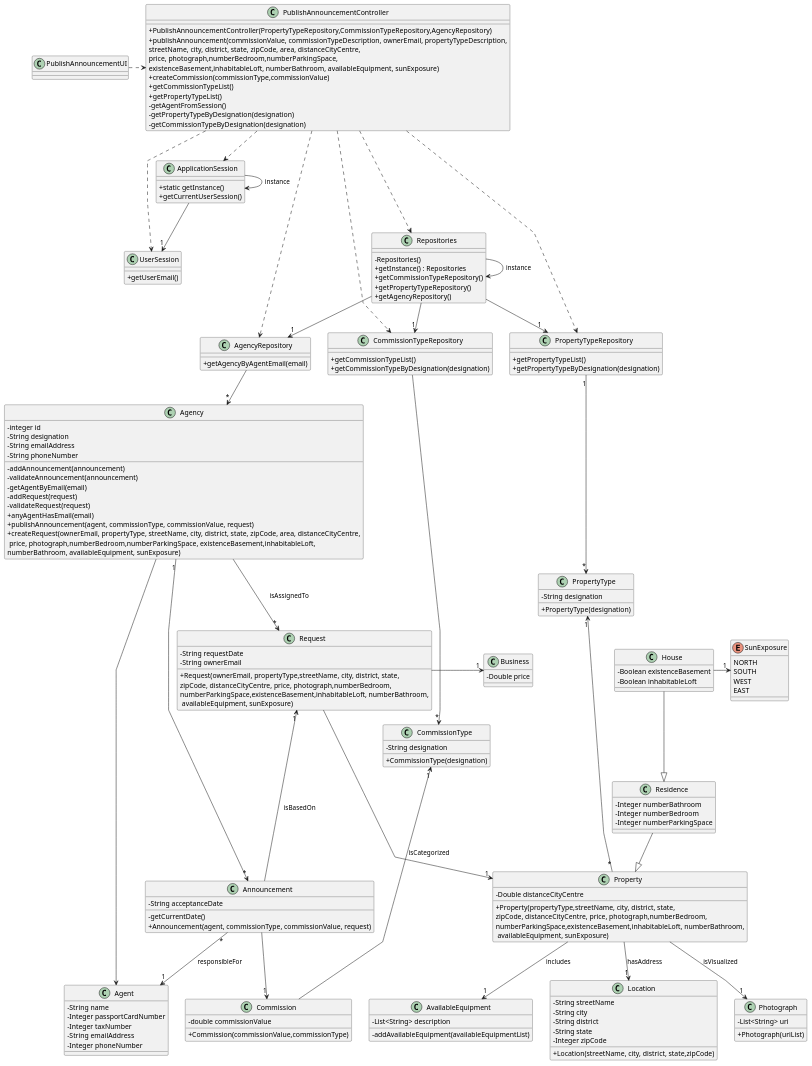
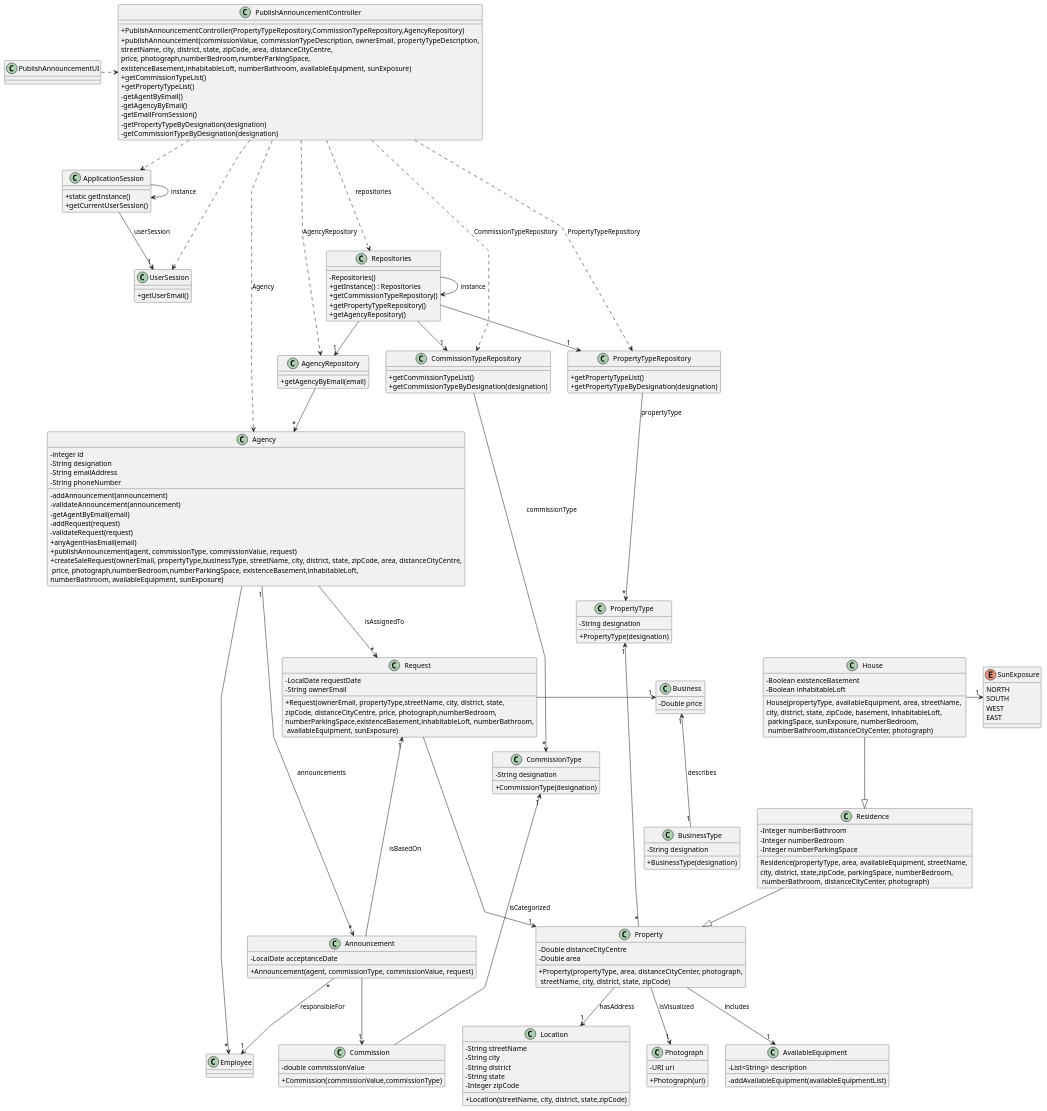
Before and after one commit to rita-barbosa/LAPR2-2223: the diagram in docs/sprintB/us002/03.design/puml/us002-class-diagram.puml, drawn with PlantUML.

Commit message:
Update of class diagram [US002][Design]

```diff
--- a/docs/sprintB/us002/03.design/puml/us002-class-diagram.puml
+++ b/docs/sprintB/us002/03.design/puml/us002-class-diagram.puml
@@ -1,187 +1,192 @@
 @startuml
 'skinparam monochrome true
 skinparam packageStyle rectangle
 skinparam shadowing false
 skinparam linetype polyline
 'skinparam linetype orto
 
 skinparam classAttributeIconSize 0
 
 'left to right direction
 
 class ApplicationSession
 {
     + static getInstance()
     + getCurrentUserSession()
 }
 class Property
 {
     - Double distanceCityCentre
-    + Property(propertyType,streetName, city, district, state,\nzipCode, distanceCityCentre, price, photograph,numberBedroom,\nnumberParkingSpace,existenceBasement,inhabitableLoft, numberBathroom,\n availableEquipment, sunExposure)
+    - Double area
+    + Property(propertyType, area, distanceCityCenter, photograph,\n streetName, city, district, state, zipCode)
 }
 class Location
 {
     - String streetName
     - String city
     - String district
     - String state
     - Integer zipCode
     + Location(streetName, city, district, state,zipCode)
 }
 class Photograph
 {
-    - List<String> uri
-    + Photograph(uriList)
+    - URI uri
+    + Photograph(uri)
 }
 class AvailableEquipment
 {
     - List<String> description
     - addAvailableEquipment(availableEquipmentList)
 }
 
 class UserSession
 {
     + getUserEmail()
 }
 
-class Agent {
-    - String name
-    - Integer passportCardNumber
-    - Integer taxNumber
-    - String emailAddress
-    - Integer phoneNumber
+class Employee {
 }
 
 class Announcement {
-    - String acceptanceDate
-    - getCurrentDate()
+    - LocalDate acceptanceDate
     + Announcement(agent, commissionType, commissionValue, request)
 }
 class Commission {
     - double commissionValue
     + Commission(commissionValue,commissionType)
 }
 class Request
 {
-    - String requestDate
+    - LocalDate requestDate
     - String ownerEmail
     + Request(ownerEmail, propertyType,streetName, city, district, state,\nzipCode, distanceCityCentre, price, photograph,numberBedroom,\nnumberParkingSpace,existenceBasement,inhabitableLoft, numberBathroom,\n availableEquipment, sunExposure)
 
 }
 class Agency {
     - integer id
     - String designation
     - String emailAddress
     - String phoneNumber
 
     - addAnnouncement(announcement)
     - validateAnnouncement(announcement)
     - getAgentByEmail(email)
     - addRequest(request)
     - validateRequest(request)
     + anyAgentHasEmail(email)
     + publishAnnouncement(agent, commissionType, commissionValue, request)
-    + createRequest(ownerEmail, propertyType, streetName, city, district, state, zipCode, area, distanceCityCentre,\n price, photograph,numberBedroom,numberParkingSpace, existenceBasement,inhabitableLoft,\nnumberBathroom, availableEquipment, sunExposure)
+    + createSaleRequest(ownerEmail, propertyType,businessType, streetName, city, district, state, zipCode, area, distanceCityCentre,\n price, photograph,numberBedroom,numberParkingSpace, existenceBasement,inhabitableLoft,\nnumberBathroom, availableEquipment, sunExposure)
 }
 
 class CommissionTypeRepository {
     + getCommissionTypeList()
     + getCommissionTypeByDesignation(designation)
 }
 class PropertyTypeRepository {
     + getPropertyTypeList()
     + getPropertyTypeByDesignation(designation)
 }
 
 class AgencyRepository {
-    + getAgencyByAgentEmail(email)
+    + getAgencyByEmail(email)
 }
 
 class Repositories {
     - Repositories()
     + getInstance() : Repositories
     + getCommissionTypeRepository()
     + getPropertyTypeRepository()
     + getAgencyRepository()
 }
 
 class PublishAnnouncementController {
     + PublishAnnouncementController(PropertyTypeRepository,CommissionTypeRepository,AgencyRepository)
     + publishAnnouncement(commissionValue, commissionTypeDescription, ownerEmail, propertyTypeDescription,\nstreetName, city, district, state, zipCode, area, distanceCityCentre,\nprice, photograph,numberBedroom,numberParkingSpace,\nexistenceBasement,inhabitableLoft, numberBathroom, availableEquipment, sunExposure)
-    + createCommission(commissionType,commissionValue)
     + getCommissionTypeList()
     + getPropertyTypeList()
-    - getAgentFromSession()
+    - getAgentByEmail()
+    - getAgencyByEmail()
+    - getEmailFromSession()
     - getPropertyTypeByDesignation(designation)
     - getCommissionTypeByDesignation(designation)
 }
 class PropertyType
 {
     - String designation
     + PropertyType(designation)
 }
 class CommissionType
 {
     - String designation
     + CommissionType(designation)
 }
 class PublishAnnouncementUI {
 }
 class Business
 {
     - Double price
 }
+class BusinessType
+{
+- String designation
++ BusinessType(designation)
+}
 class Residence
 {
     - Integer numberBathroom
     - Integer numberBedroom
     - Integer numberParkingSpace
+    Residence(propertyType, area, availableEquipment, streetName, \ncity, district, state,zipCode, parkingSpace, numberBedroom,\n numberBathroom, distanceCityCenter, photograph)
 }
 class House
 {
     - Boolean existenceBasement
     - Boolean inhabitableLoft
+    House(propertyType, availableEquipment, area, streetName, \ncity, district, state, zipCode, basement, inhabitableLoft,\n parkingSpace, sunExposure, numberBedroom,\n numberBathroom,distanceCityCenter, photograph)
 }
 enum SunExposure
 {
 NORTH
 SOUTH
 WEST
 EAST
 }
     PublishAnnouncementUI .> PublishAnnouncementController
     PublishAnnouncementController .-> UserSession
     PublishAnnouncementController .-> ApplicationSession
     ApplicationSession -> ApplicationSession : instance
-    ApplicationSession --> "1" UserSession
-    PublishAnnouncementController .--> Repositories
-    PublishAnnouncementController .-> PropertyTypeRepository
-    PublishAnnouncementController .-> CommissionTypeRepository
-    PublishAnnouncementController .-> AgencyRepository
-
+    ApplicationSession --> "1" UserSession: userSession
+    PublishAnnouncementController .--> Repositories : repositories
+    PublishAnnouncementController .-> PropertyTypeRepository : PropertyTypeRepository
+    PublishAnnouncementController .-> CommissionTypeRepository : CommissionTypeRepository
+    PublishAnnouncementController .-> AgencyRepository : AgencyRepository
+    PublishAnnouncementController .---> Agency : Agency
     Repositories -> Repositories : instance
     Repositories --> "1" CommissionTypeRepository
     Repositories --> "1" PropertyTypeRepository
     Repositories --> "1" AgencyRepository
     AgencyRepository --> "*" Agency
-    Agency "1" ----> "*" Announcement
+    Agency "1" ----> "*" Announcement : announcements
 
-    Announcement "*" --> "1" Agent : responsibleFor
-    CommissionTypeRepository ---> "*" CommissionType
+    Announcement "*" --> "1" Employee : responsibleFor
+    CommissionTypeRepository ---> "*" CommissionType : commissionType
     CommissionType "1" <-- Commission : isCategorized
     Announcement  --> "1" Commission
     Request "1" <-- Announcement : isBasedOn
     Request  ---> "1" Property
-    Agency ----> Agent
-    PropertyTypeRepository "1" --> "*" PropertyType
+    Agency ----> "*" Employee
+
+    PropertyTypeRepository  --> "*" PropertyType : propertyType
     PropertyType "1" <-- "*" Property
     Property  --> "1" Location : hasAddress
     Property  --> "1" Photograph : isVisualized
     Property  --> "1" AvailableEquipment : includes
     Agency --> "*" Request : isAssignedTo
     Request -> "1" Business
+    Business "1" <-- "1" BusinessType : describes
     Residence --|> Property
     House --|> Residence
     House -> "1" SunExposure
 
 @enduml
```
